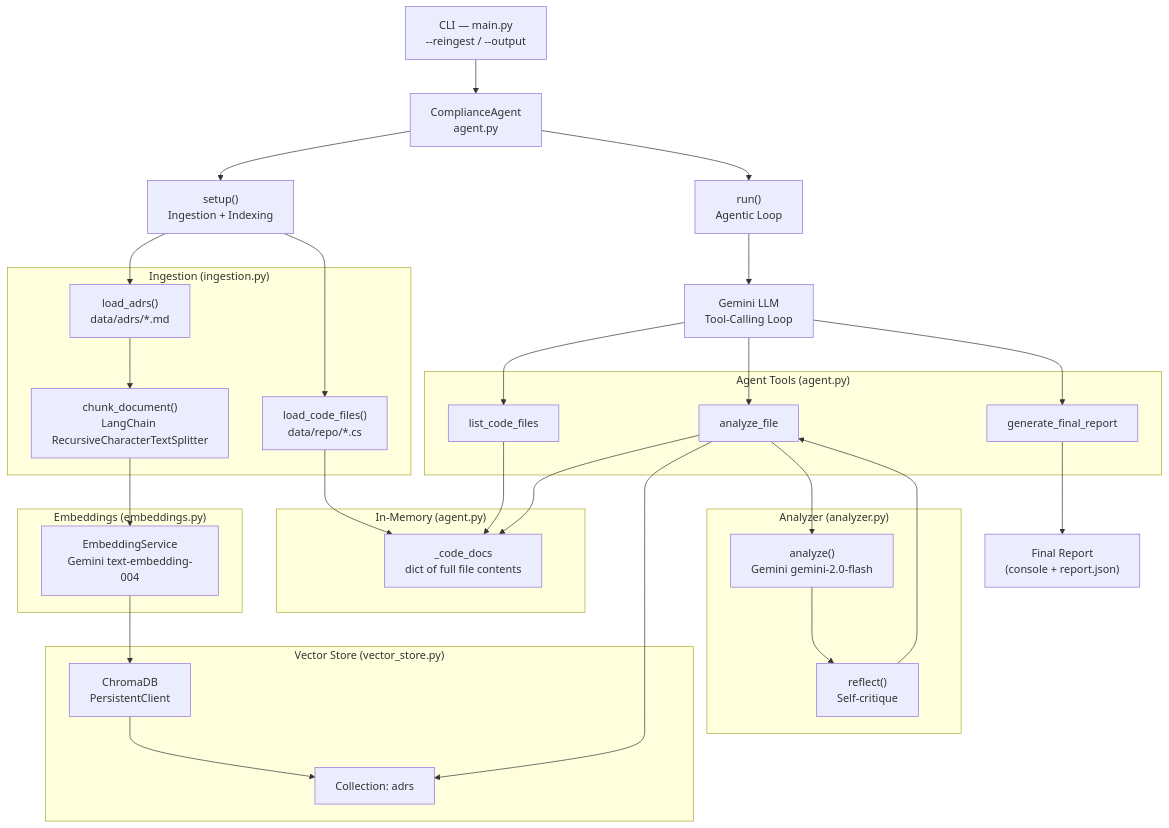
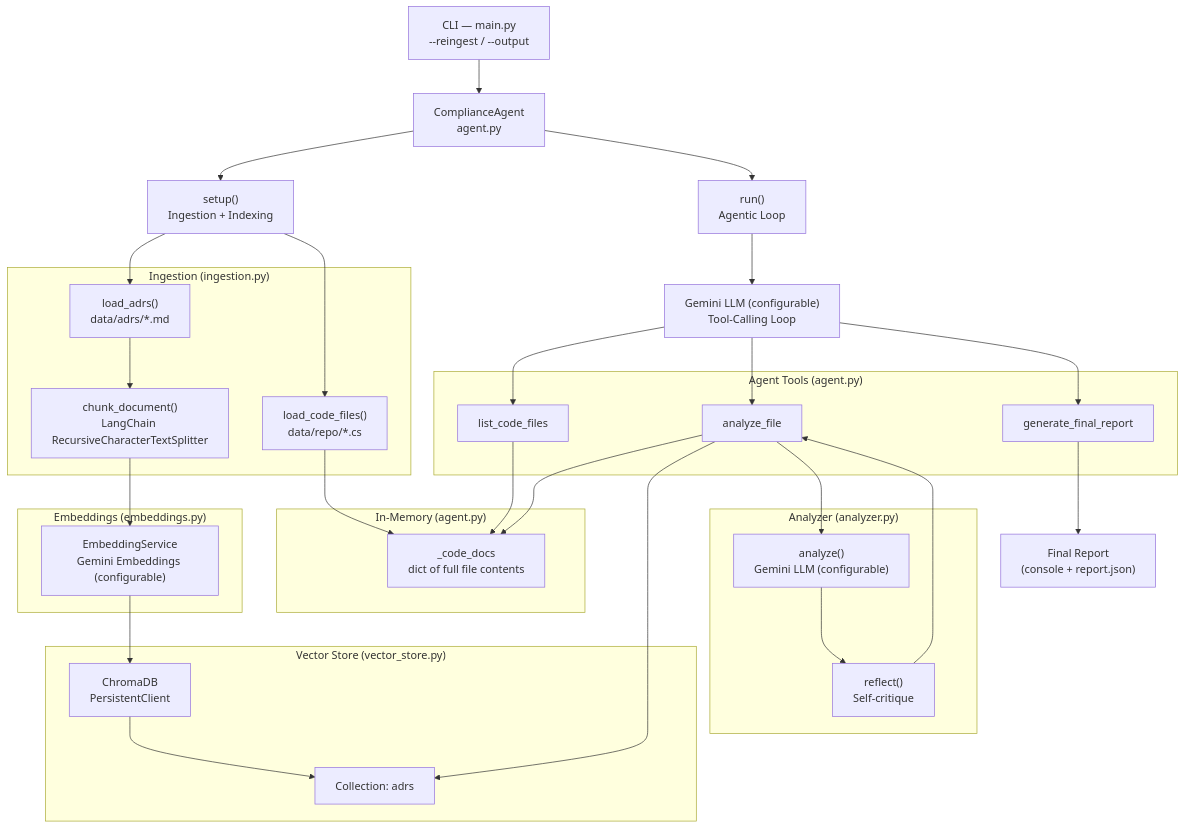
The diagram in architecture.mmd (namador-chr/adr-compliance-agent), drawn with Mermaid before and after one commit.

```diff
--- a/architecture.mmd
+++ b/architecture.mmd
@@ -1,53 +1,53 @@
 graph TD
     CLI["CLI — main.py\n--reingest / --output"]
     Agent["ComplianceAgent\nagent.py"]
     Setup["setup()\nIngestion + Indexing"]
     Run["run()\nAgentic Loop"]
 
     CLI --> Agent
     Agent --> Setup
     Agent --> Run
 
     subgraph Ingestion ["Ingestion  (ingestion.py)"]
         LoadADR["load_adrs()\ndata/adrs/*.md"]
         LoadCode["load_code_files()\ndata/repo/*.cs"]
         ChunkADR["chunk_document()\nLangChain RecursiveCharacterTextSplitter"]
     end
 
     subgraph Embedding ["Embeddings  (embeddings.py)"]
-        EmbSvc["EmbeddingService\nGemini text-embedding-004"]
+        EmbSvc["EmbeddingService\nGemini Embeddings (configurable)"]
     end
 
     subgraph Storage ["Vector Store  (vector_store.py)"]
         Chroma["ChromaDB\nPersistentClient"]
         ColADR["Collection: adrs"]
     end
 
     subgraph Memory ["In-Memory  (agent.py)"]
         CodeMem["_code_docs\ndict of full file contents"]
     end
 
     subgraph AnalysisLayer ["Analyzer  (analyzer.py)"]
-        Analyze["analyze()\nGemini gemini-2.0-flash"]
+        Analyze["analyze()\nGemini LLM (configurable)"]
         Reflect["reflect()\nSelf-critique"]
     end
 
     subgraph Tools ["Agent Tools  (agent.py)"]
         T1["list_code_files"]
         T2["analyze_file"]
         T3["generate_final_report"]
     end
 
     Setup --> LoadADR & LoadCode
     LoadADR --> ChunkADR --> EmbSvc --> Chroma --> ColADR
     LoadCode --> CodeMem
 
-    Run --> GeminiLLM["Gemini LLM\nTool-Calling Loop"]
+    Run --> GeminiLLM["Gemini LLM (configurable)\nTool-Calling Loop"]
     GeminiLLM --> T1 & T2 & T3
 
     T1 --> CodeMem
     T2 --> CodeMem
     T2 --> ColADR
     T2 --> Analyze --> Reflect --> T2
 
     T3 --> Report["Final Report\n(console + report.json)"]
```
